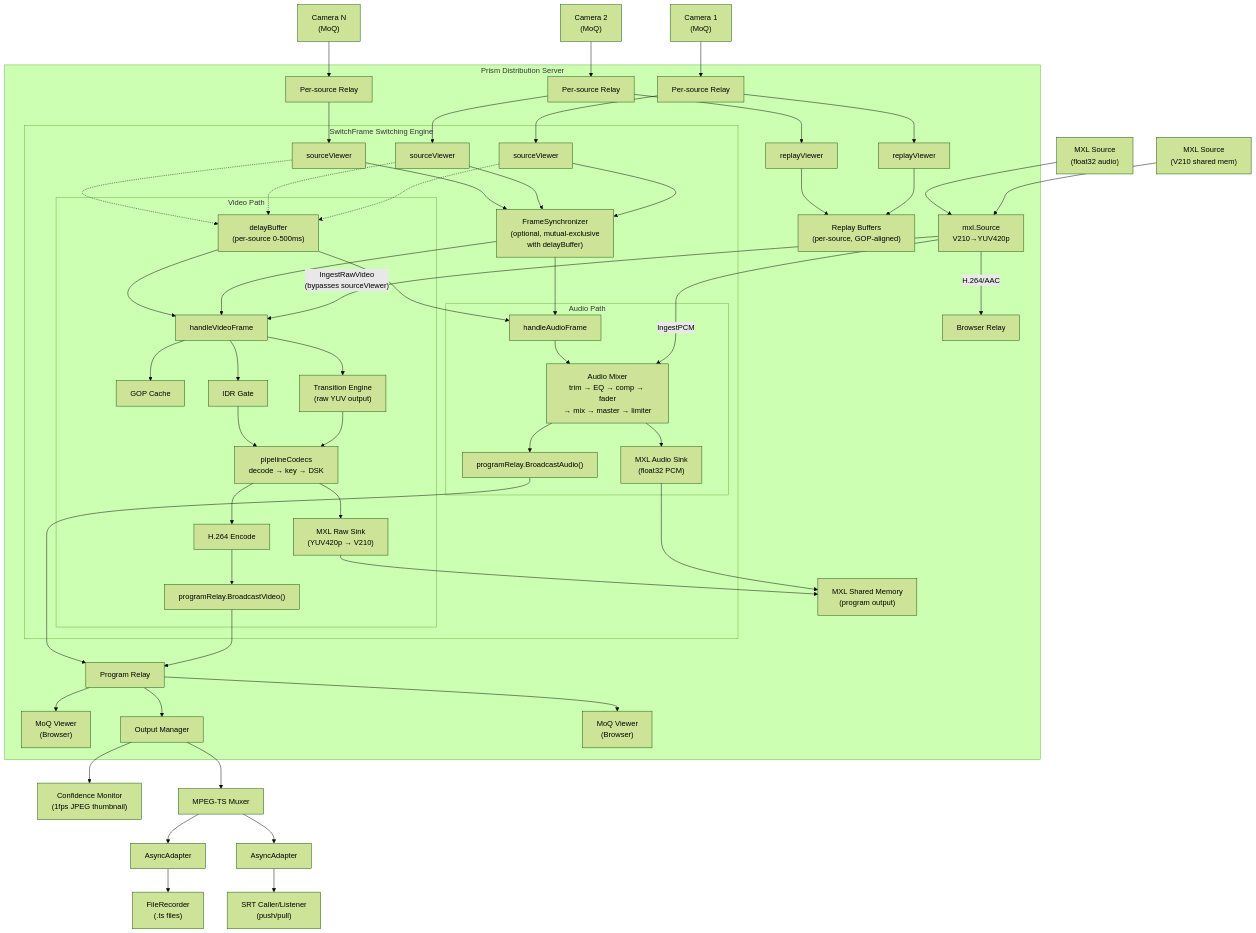
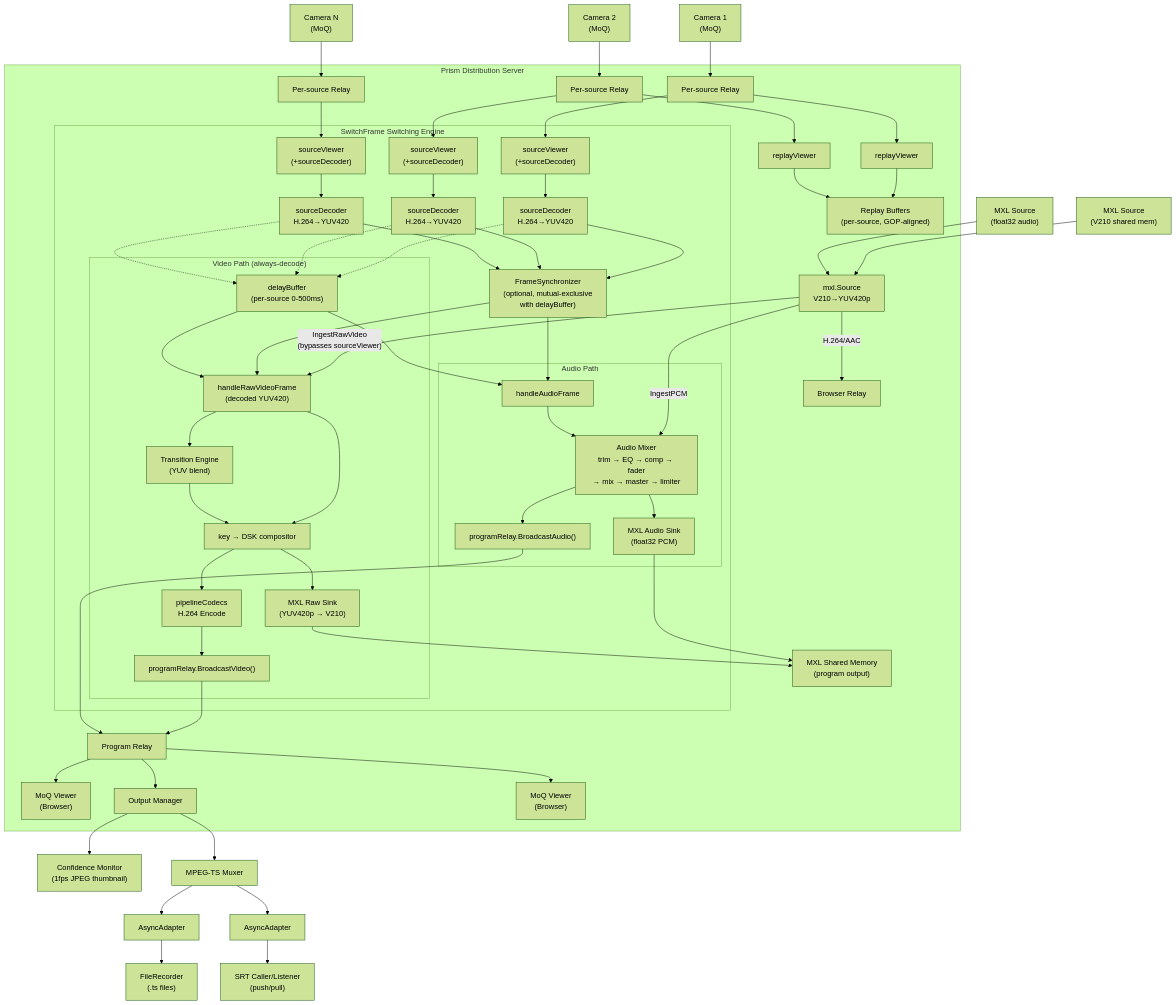
The first of 22 diagrams in docs/architecture.md (zsiec/switchframe), drawn with Mermaid (forest theme) before and after one commit. The commit also changed other lines of this file and 2 other files, not shown here.

First line of the commit message:
docs: update architecture and locking docs for always-decode

````diff
--- a/docs/architecture.md
+++ b/docs/architecture.md
@@ -23,66 +23,67 @@
 ```mermaid
 graph TD
     cam1["Camera 1<br/>(MoQ)"] --> relay1["Per-source Relay"]
     cam2["Camera 2<br/>(MoQ)"] --> relay2["Per-source Relay"]
     camN["Camera N<br/>(MoQ)"] --> relayN["Per-source Relay"]
     mxl1["MXL Source<br/>(V210 shared mem)"] --> mxlSrc["mxl.Source<br/>V210→YUV420p"]
     mxl2["MXL Source<br/>(float32 audio)"] --> mxlSrc
 
     subgraph prism["Prism Distribution Server"]
         mxlSrc -->|"IngestRawVideo<br/>(bypasses sourceViewer)"| hvf
         mxlSrc -->|"IngestPCM"| am
         mxlSrc -->|"H.264/AAC"| mxlRelay["Browser Relay"]
-        relay1 --> sv1["sourceViewer"]
-        relay2 --> sv2["sourceViewer"]
-        relayN --> svN["sourceViewer"]
+        relay1 --> sv1["sourceViewer<br/>(+sourceDecoder)"]
+        relay2 --> sv2["sourceViewer<br/>(+sourceDecoder)"]
+        relayN --> svN["sourceViewer<br/>(+sourceDecoder)"]
         relay1 --> rv1["replayViewer"]
         relay2 --> rv2["replayViewer"]
         rv1 --> rb["Replay Buffers<br/>(per-source, GOP-aligned)"]
         rv2 --> rb
 
         subgraph engine["SwitchFrame Switching Engine"]
-            sv1 --> fs["FrameSynchronizer<br/>(optional, mutual-exclusive<br/>with delayBuffer)"]
-            sv2 --> fs
-            svN --> fs
-            sv1 -.-> delay["delayBuffer<br/>(per-source 0-500ms)"]
-            sv2 -.-> delay
-            svN -.-> delay
+            sv1 --> sd1["sourceDecoder<br/>H.264→YUV420"]
+            sv2 --> sd2["sourceDecoder<br/>H.264→YUV420"]
+            svN --> sdN["sourceDecoder<br/>H.264→YUV420"]
+            sd1 --> fs["FrameSynchronizer<br/>(optional, mutual-exclusive<br/>with delayBuffer)"]
+            sd2 --> fs
+            sdN --> fs
+            sd1 -.-> delay["delayBuffer<br/>(per-source 0-500ms)"]
+            sd2 -.-> delay
+            sdN -.-> delay
             fs --> hvf
             fs --> haf
 
-            subgraph video["Video Path"]
-                delay --> hvf["handleVideoFrame"]
-                hvf --> gc["GOP Cache"]
-                hvf --> te["Transition Engine<br/>(raw YUV output)"]
-                hvf --> idr["IDR Gate"]
-                te --> pipeline["pipelineCodecs<br/>decode → key → DSK"]
-                idr --> pipeline
+            subgraph video["Video Path (always-decode)"]
+                delay --> hvf["handleRawVideoFrame<br/>(decoded YUV420)"]
+                hvf --> te["Transition Engine<br/>(YUV blend)"]
+                hvf --> pipeline["key → DSK compositor"]
+                te --> pipeline
                 pipeline --> mxlOut["MXL Raw Sink<br/>(YUV420p → V210)"]
-                pipeline --> enc["H.264 Encode"]
+                pipeline --> enc["pipelineCodecs<br/>H.264 Encode"]
                 enc --> bv["programRelay.BroadcastVideo()"]
             end
 
             subgraph audio["Audio Path"]
                 delay --> haf["handleAudioFrame"]
                 haf --> am["Audio Mixer<br/>trim → EQ → comp → fader<br/>→ mix → master → limiter"]
                 am --> ba["programRelay.BroadcastAudio()"]
                 am --> mxlAudioOut["MXL Audio Sink<br/>(float32 PCM)"]
             end
         end
 
         bv --> pr["Program Relay"]
         ba --> pr
 
         mxlOut --> mxlShm["MXL Shared Memory<br/>(program output)"]
         mxlAudioOut --> mxlShm
 
         pr --> browser1["MoQ Viewer<br/>(Browser)"]
         pr --> om["Output Manager"]
         pr --> browser2["MoQ Viewer<br/>(Browser)"]
     end
 
     om --> conf["Confidence Monitor<br/>(1fps JPEG thumbnail)"]
     om --> mux["MPEG-TS Muxer"]
     mux --> aa1["AsyncAdapter"] --> rec["FileRecorder<br/>(.ts files)"]
     mux --> aa2["AsyncAdapter"] --> srt["SRT Caller/Listener<br/>(push/pull)"]
 ```
````
